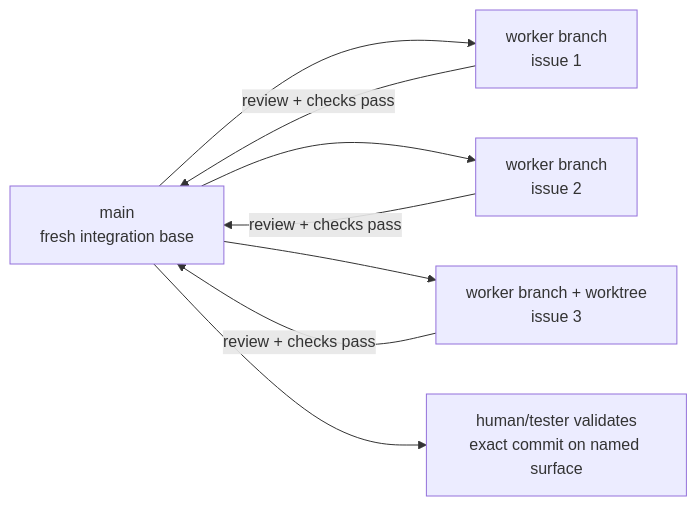
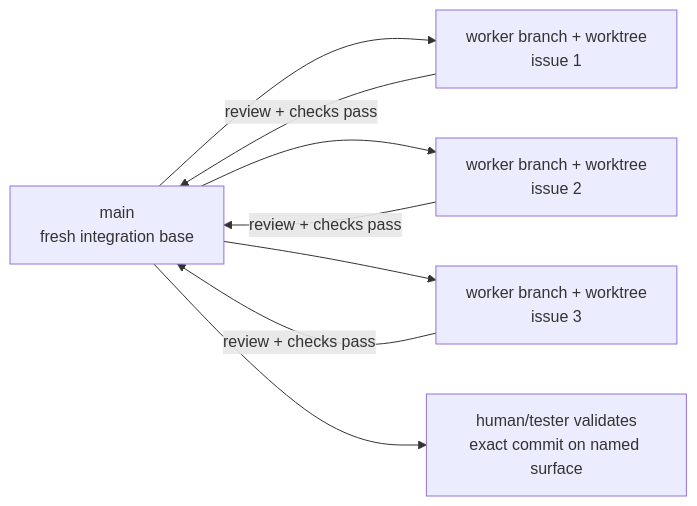
The fifth of 5 diagrams in README.md (AlfaBlok/epicspine-skill), drawn with Mermaid before and after one commit. The commit also changed other lines of this file and 1 other file, not shown here.

````diff
--- a/README.md
+++ b/README.md
@@ -216,16 +255,16 @@
 ```mermaid
 flowchart LR
     Main["main<br/>fresh integration base"]
-    W1["worker branch<br/>issue 1"]
-    W2["worker branch<br/>issue 2"]
+    W1["worker branch + worktree<br/>issue 1"]
+    W2["worker branch + worktree<br/>issue 2"]
     W3["worker branch + worktree<br/>issue 3"]
     Test["human/tester validates<br/>exact commit on named surface"]
 
     Main --> W1
     Main --> W2
     Main --> W3
     W1 -->|"review + checks pass"| Main
     W2 -->|"review + checks pass"| Main
     W3 -->|"review + checks pass"| Main
     Main --> Test
 ```
````
